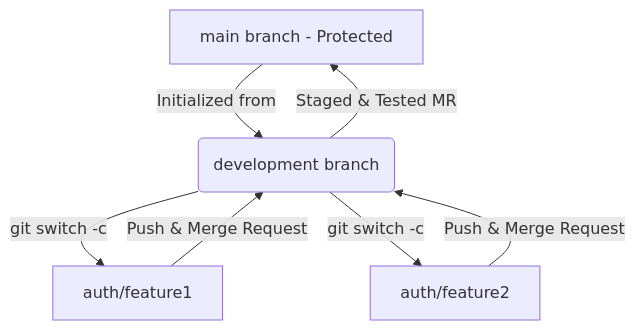
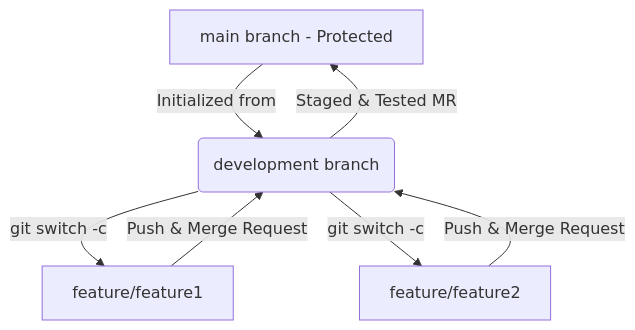
The diagram in README.md (Bavnitsingh/Satva-Hospital-Booking-System-), drawn with Mermaid before and after one commit. The commit also changed other lines of this file and 8 other files, not shown here.

````diff
--- a/README.md
+++ b/README.md
@@ -17,9 +17,9 @@
 ```mermaid
 graph TD
     A[main branch - Protected] -->|Initialized from| B(development branch)
-    B -->|git switch -c| C[auth/feature1]
-    B -->|git switch -c| D[auth/feature2]
+    B -->|git switch -c| C[feature/feature1]
+    B -->|git switch -c| D[feature/feature2]
     C -->|Push & Merge Request| B
     D -->|Push & Merge Request| B
     B -->|Staged & Tested MR| A
 ```
````
